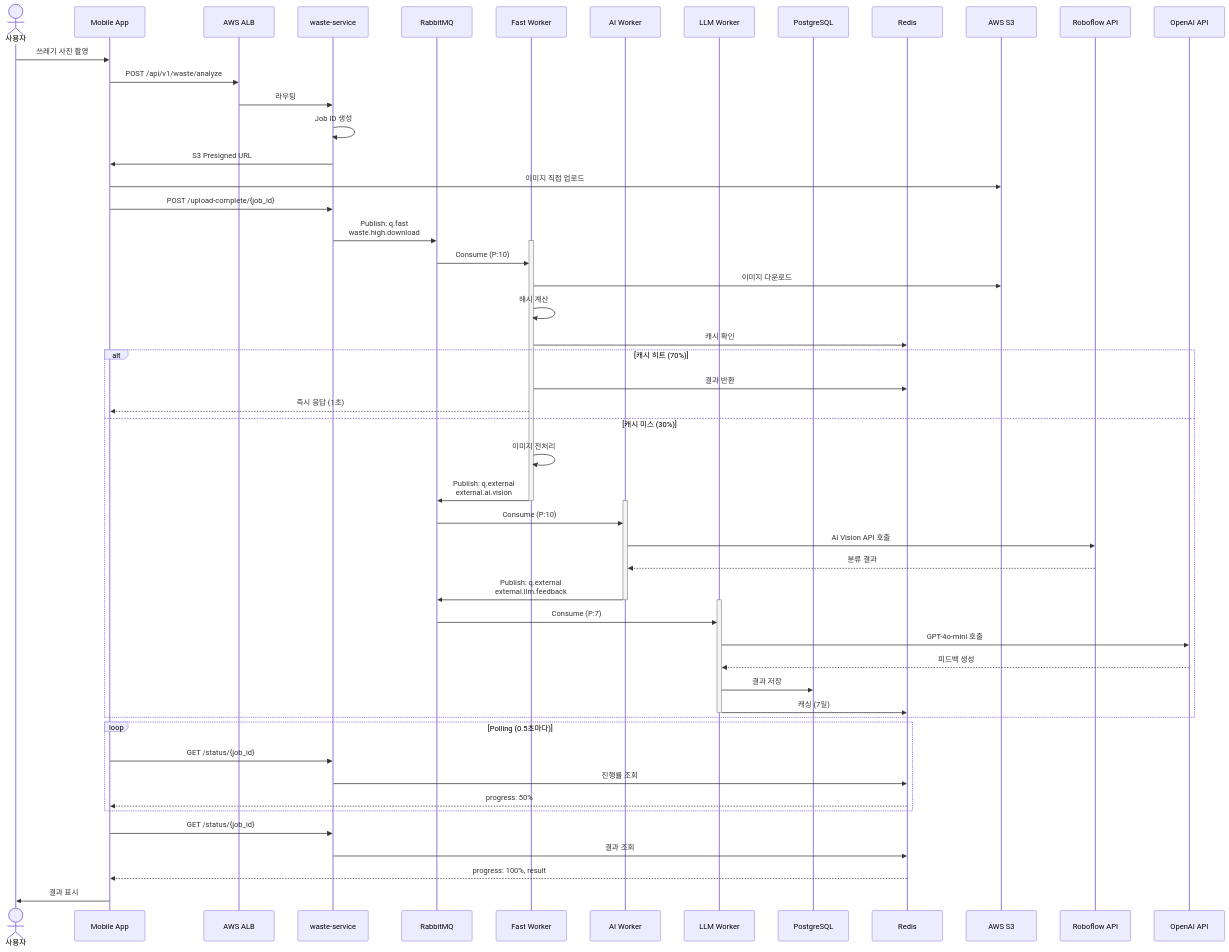
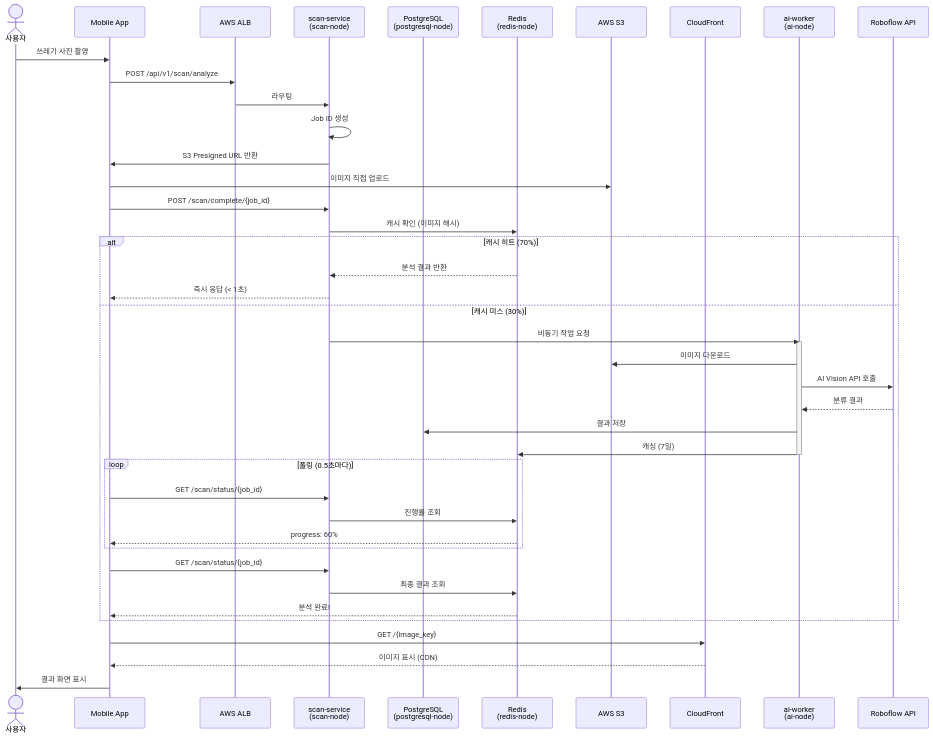
Before and after one commit to SeSACTHON/backend: the fourth of 4 diagrams in docs/architecture/05-final-k8s-architecture.md, drawn with Mermaid. The commit also changed other lines of this file and 24 other files, not shown here.

````diff
--- a/docs/architecture/05-final-k8s-architecture.md
+++ b/docs/architecture/05-final-k8s-architecture.md
@@ -419,69 +463,54 @@
 ```mermaid
 sequenceDiagram
     actor User as 사용자
     participant App as Mobile App
     participant ALB as AWS ALB
-    participant WasteAPI as waste-service
-    participant RMQ as RabbitMQ
-    participant FastW as Fast Worker
-    participant AIW as AI Worker
-    participant LLMW as LLM Worker
-    participant DB as PostgreSQL
-    participant Redis as Redis
+    participant Scan as scan-service<br/>(scan-node)
+    participant DB as PostgreSQL<br/>(postgresql-node)
+    participant Redis as Redis<br/>(redis-node)
     participant S3 as AWS S3
+    participant CF as CloudFront
+    participant AIW as ai-worker<br/>(ai-node)
     participant AI as Roboflow API
-    participant LLM as OpenAI API
     
     User->>App: 쓰레기 사진 촬영
-    App->>ALB: POST /api/v1/waste/analyze
-    ALB->>WasteAPI: 라우팅
+    App->>ALB: POST /api/v1/scan/analyze
+    ALB->>Scan: 라우팅
     
-    WasteAPI->>WasteAPI: Job ID 생성
-    WasteAPI->>App: S3 Presigned URL
+    Scan->>Scan: Job ID 생성
+    Scan->>App: S3 Presigned URL 반환
+    
     App->>S3: 이미지 직접 업로드
+    App->>Scan: POST /scan/complete/{job_id}
     
-    App->>WasteAPI: POST /upload-complete/{job_id}
-    WasteAPI->>RMQ: Publish: q.fast<br/>waste.high.download
-    
-    activate FastW
-    RMQ->>FastW: Consume (P:10)
-    FastW->>S3: 이미지 다운로드
-    FastW->>FastW: 해시 계산
-    FastW->>Redis: 캐시 확인
+    Scan->>Redis: 캐시 확인 (이미지 해시)
     
     alt 캐시 히트 (70%)
-        FastW->>Redis: 결과 반환
-        FastW-->>App: 즉시 응답 (1초)
+        Redis-->>Scan: 분석 결과 반환
+        Scan-->>App: 즉시 응답 (< 1초)
     else 캐시 미스 (30%)
-        FastW->>FastW: 이미지 전처리
-        FastW->>RMQ: Publish: q.external<br/>external.ai.vision
-        deactivate FastW
+        Scan->>AIW: 비동기 작업 요청
         
         activate AIW
-        RMQ->>AIW: Consume (P:10)
+        AIW->>S3: 이미지 다운로드
         AIW->>AI: AI Vision API 호출
         AI-->>AIW: 분류 결과
-        AIW->>RMQ: Publish: q.external<br/>external.llm.feedback
+        AIW->>DB: 결과 저장
+        AIW->>Redis: 캐싱 (7일)
         deactivate AIW
         
-        activate LLMW
-        RMQ->>LLMW: Consume (P:7)
-        LLMW->>LLM: GPT-4o-mini 호출
-        LLM-->>LLMW: 피드백 생성
-        LLMW->>DB: 결과 저장
-        LLMW->>Redis: 캐싱 (7일)
-        deactivate LLMW
+        loop 폴링 (0.5초마다)
+            App->>Scan: GET /scan/status/{job_id}
+            Scan->>Redis: 진행률 조회
+            Redis-->>App: progress: 60%
+        end
+        
+        App->>Scan: GET /scan/status/{job_id}
+        Scan->>Redis: 최종 결과 조회
+        Redis-->>App: 분석 완료!
     end
     
-    loop Polling (0.5초마다)
-        App->>WasteAPI: GET /status/{job_id}
-        WasteAPI->>Redis: 진행률 조회
-        Redis-->>App: progress: 50%
-    end
-    
-    App->>WasteAPI: GET /status/{job_id}
-    WasteAPI->>Redis: 결과 조회
-    Redis-->>App: progress: 100%, result
-    
-    App->>User: 결과 표시
+    App->>CF: GET /{image_key}
+    CF-->>App: 이미지 표시 (CDN)
+    App->>User: 결과 화면 표시
 ```
````
